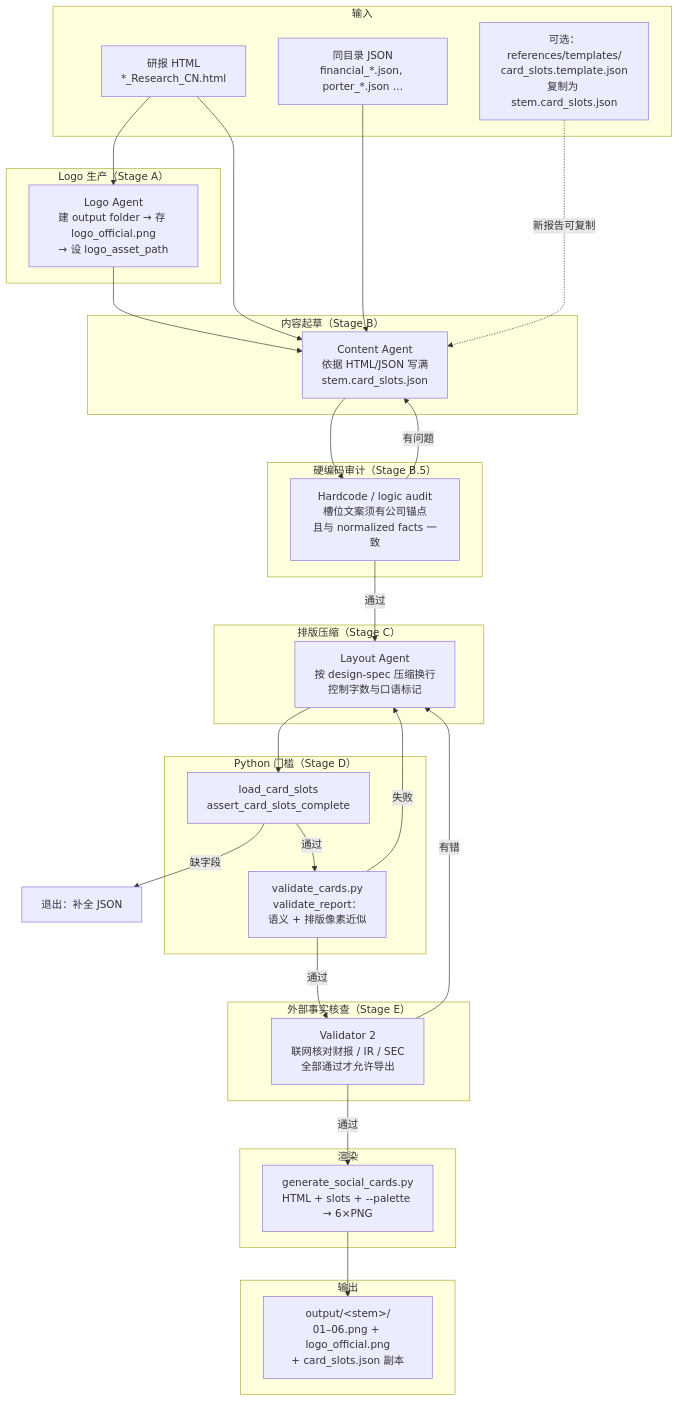
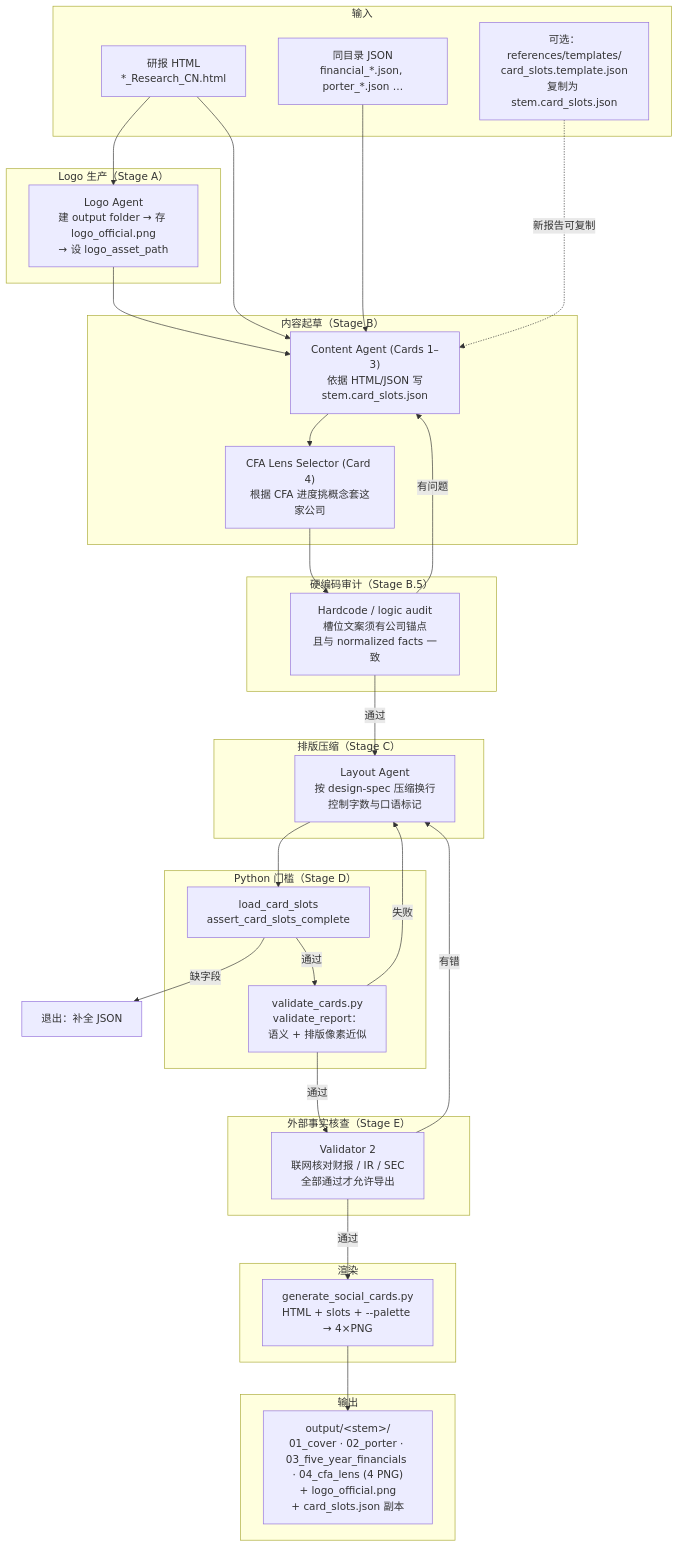
The first of 5 diagrams in references/workflow-flowchart.md (pppop00/equity-photo-cards-skill), drawn with Mermaid before and after one commit. The commit also changed 30 other files, not shown here.

First line of the commit message:
feat: drop card 5/6, restructure cards 1-4 with CFA-lens card

````diff
--- a/references/workflow-flowchart.md
+++ b/references/workflow-flowchart.md
@@ -24,58 +24,60 @@
 ```mermaid
 flowchart TB
     subgraph INPUT["输入"]
         HTML["研报 HTML\n*_Research_CN.html"]
         JSON["同目录 JSON\nfinancial_*.json, porter_*.json …"]
         TPL["可选：references/templates/\ncard_slots.template.json\n复制为 stem.card_slots.json"]
     end
 
     subgraph LOGO["Logo 生产（Stage A）"]
         LG["Logo Agent\n建 output folder → 存 logo_official.png\n→ 设 logo_asset_path"]
     end
 
     subgraph EXTRACT["内容起草（Stage B）"]
-        C["Content Agent\n依据 HTML/JSON 写满\nstem.card_slots.json"]
+        C["Content Agent (Cards 1–3)\n依据 HTML/JSON 写\nstem.card_slots.json"]
+        CFA["CFA Lens Selector (Card 4)\n根据 CFA 进度挑概念套这家公司"]
     end
 
     subgraph AUDIT["硬编码审计（Stage B.5）"]
         H["Hardcode / logic audit\n槽位文案须有公司锚点\n且与 normalized facts 一致"]
     end
 
     subgraph REFINE["排版压缩（Stage C）"]
         L["Layout Agent\n按 design-spec 压缩换行\n控制字数与口语标记"]
     end
 
     subgraph GATE["Python 门槛（Stage D）"]
         A["load_card_slots\nassert_card_slots_complete"]
         V["validate_cards.py\nvalidate_report：\n语义 + 排版像素近似"]
     end
 
     subgraph V2["外部事实核查（Stage E）"]
         F2["Validator 2\n联网核对财报 / IR / SEC\n全部通过才允许导出"]
     end
 
     subgraph RENDER["渲染"]
-        G["generate_social_cards.py\nHTML + slots + --palette → 6×PNG"]
+        G["generate_social_cards.py\nHTML + slots + --palette → 4×PNG"]
     end
 
     subgraph OUT["输出"]
-        PNG["output/&lt;stem&gt;/\n01–06.png + logo_official.png\n+ card_slots.json 副本"]
+        PNG["output/&lt;stem&gt;/\n01_cover · 02_porter · 03_five_year_financials · 04_cfa_lens (4 PNG)\n+ logo_official.png\n+ card_slots.json 副本"]
     end
 
     TPL -.->|新报告可复制| C
     HTML --> LG
     HTML --> C
     JSON --> C
     LG --> C
-    C --> H
+    C --> CFA
+    CFA --> H
     H -->|有问题| C
     H -->|通过| L
     L --> A
     A -->|缺字段| ERR["退出：补全 JSON"]
     A -->|通过| V
     V -->|失败| L
     V -->|通过| F2
     F2 -->|有错| L
     F2 -->|通过| G
     G --> PNG
 ```
````
